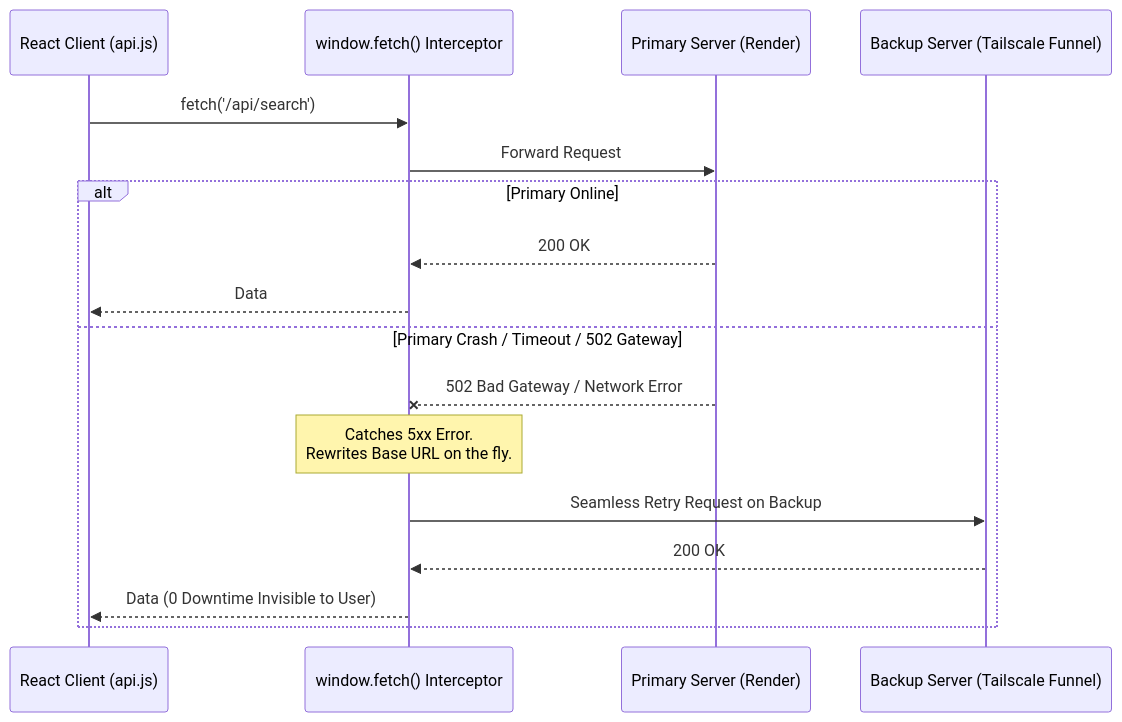
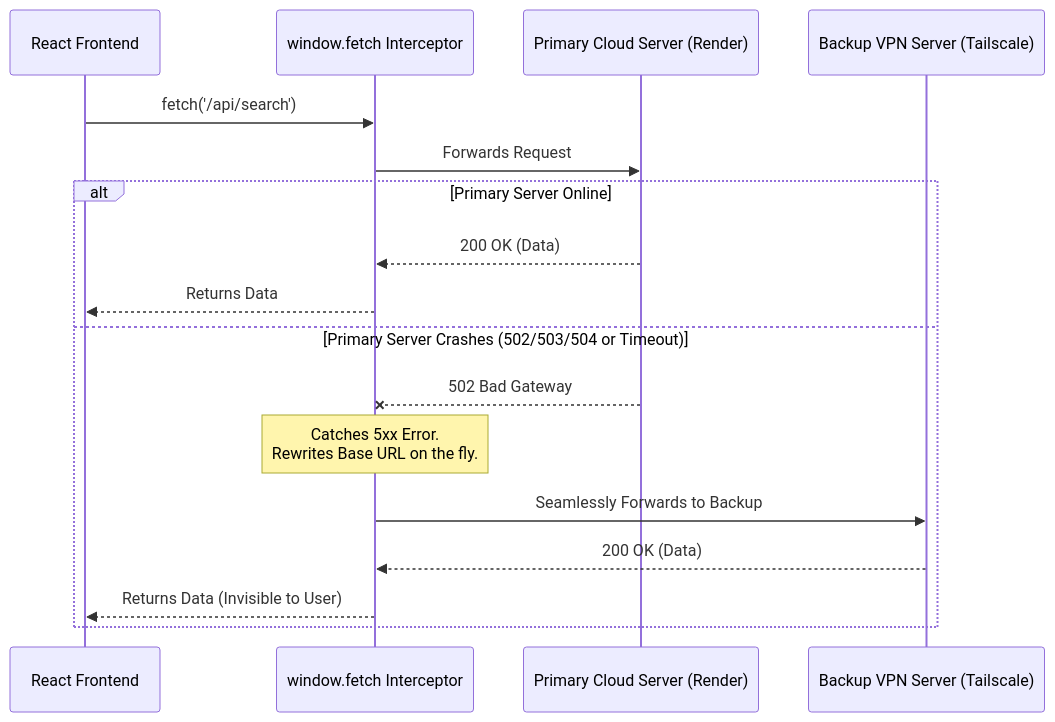
The third of 7 diagrams in SYSTEM_ARCHITECTURE_DEEP_DIVE.md (CodeWithPritom/ScholarHub-frontend), drawn with Mermaid before and after one commit. The commit also changed other lines of this file, not shown here.

Commit message:
Create System Architecture Flow

````diff
--- a/SYSTEM_ARCHITECTURE_DEEP_DIVE.md
+++ b/SYSTEM_ARCHITECTURE_DEEP_DIVE.md
@@ -97,21 +83,21 @@
 ```mermaid
 sequenceDiagram
-    participant Client as React Client (api.js)
-    participant Interceptor as window.fetch() Interceptor
-    participant Render as Primary Server (Render)
-    participant Tailscale as Backup Server (Tailscale Funnel)
+    participant ReactClient as React Frontend
+    participant Interceptor as window.fetch Interceptor
+    participant Primary as Primary Cloud Server (Render)
+    participant Backup as Backup VPN Server (Tailscale)
+
+    ReactClient->>Interceptor: fetch('/api/search')
+    Interceptor->>Primary: Forwards Request
     
-    Client->>Interceptor: fetch('/api/search')
-    Interceptor->>Render: Forward Request
-    
-    alt Primary Online
-        Render-->>Interceptor: 200 OK
-        Interceptor-->>Client: Data
-    else Primary Crash / Timeout / 502 Gateway
-        Render--XInterceptor: 502 Bad Gateway / Network Error
+    alt Primary Server Online
+        Primary-->>Interceptor: 200 OK (Data)
+        Interceptor-->>ReactClient: Returns Data
+    else Primary Server Crashes (502/503/504 or Timeout)
+        Primary--XInterceptor: 502 Bad Gateway
         Note over Interceptor: Catches 5xx Error.<br/>Rewrites Base URL on the fly.
-        Interceptor->>Tailscale: Seamless Retry Request on Backup
-        Tailscale-->>Interceptor: 200 OK
-        Interceptor-->>Client: Data (0 Downtime Invisible to User)
+        Interceptor->>Backup: Seamlessly Forwards to Backup
+        Backup-->>Interceptor: 200 OK (Data)
+        Interceptor-->>ReactClient: Returns Data (Invisible to User)
     end
 ```
````
